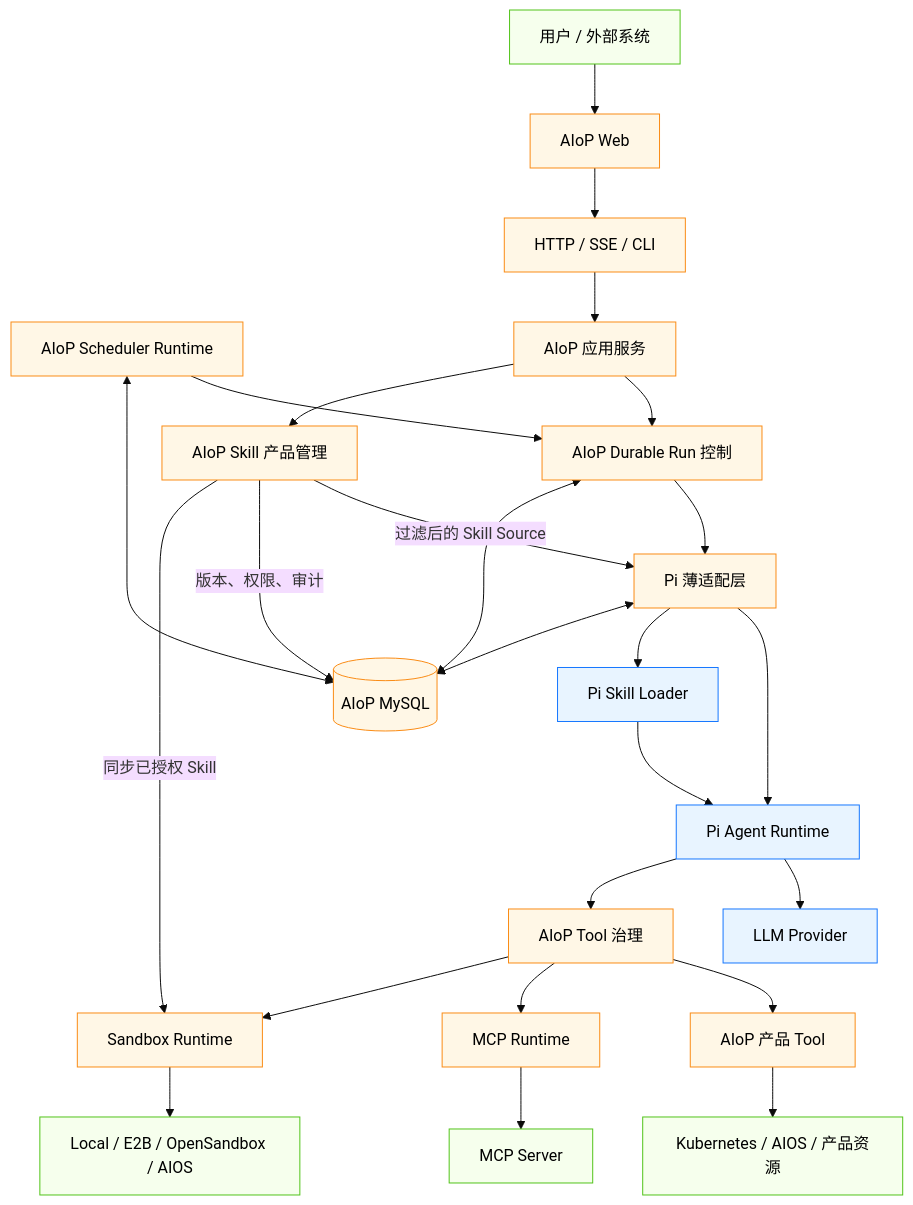
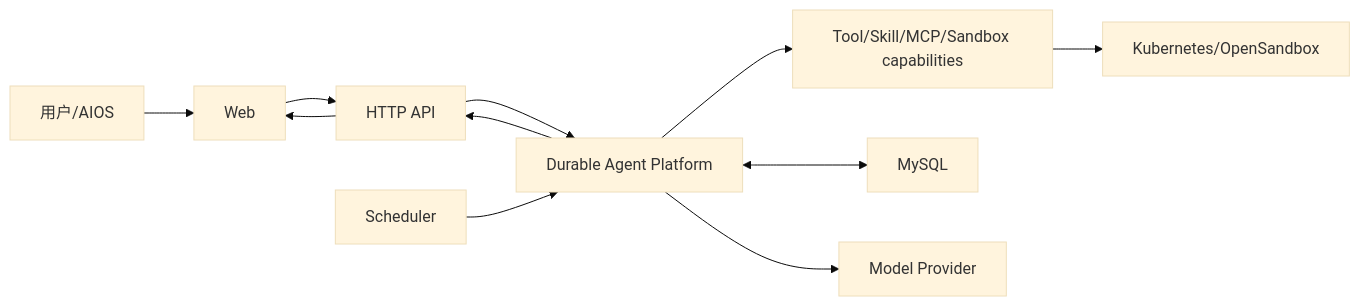
The first of 4 diagrams in docs/design/01-system-overview.md (Wpxknight/agentdemo), drawn with Mermaid (base theme) before and after one commit. The commit also changed other lines of this file and 30 other files, not shown here.

````diff
--- a/docs/design/01-system-overview.md
+++ b/docs/design/01-system-overview.md
@@ -135,54 +30,13 @@
 ```mermaid
-flowchart TB
-    User["用户 / 外部系统"]
-    Web["AIoP Web"]
-    Entry["HTTP / SSE / CLI"]
-    Scheduler["AIoP Scheduler Runtime"]
-    App["AIoP 应用服务"]
-    Run["AIoP Durable Run 控制"]
-    PiAdapter["Pi 薄适配层"]
-    Pi["Pi Agent Runtime"]
-    Governance["AIoP Tool 治理"]
-    ProductTools["AIoP 产品 Tool"]
-    Skill["AIoP Skill 产品管理"]
-    PiSkill["Pi Skill Loader"]
-    MCP["MCP Runtime"]
-    Sandbox["Sandbox Runtime"]
-    Store[("AIoP MySQL")]
-    Model["LLM Provider"]
-    ProductBackend["Kubernetes / AIOS / 产品资源"]
-    MCPServer["MCP Server"]
-    SandboxProvider["Local / E2B / OpenSandbox / AIOS"]
-
-    User --> Web
-    Web --> Entry
-    Entry --> App
-    Scheduler --> Run
-    App --> Run
-    App --> Skill
-    Run --> PiAdapter
-    PiAdapter --> Pi
-    Pi --> Model
-    PiAdapter --> PiSkill
-    Skill -->|"过滤后的 Skill Source"| PiAdapter
-    PiSkill --> Pi
-    Skill -->|"版本、权限、审计"| Store
-    Skill -->|"同步已授权 Skill"| Sandbox
-    Pi --> Governance
-    Governance --> ProductTools
-    Governance --> MCP
-    Governance --> Sandbox
-    ProductTools --> ProductBackend
-    MCP --> MCPServer
-    Sandbox --> SandboxProvider
-    Run <--> Store
-    PiAdapter <--> Store
-    Scheduler <--> Store
-
-    classDef pi fill:#e8f4ff,stroke:#1677ff,color:#000;
-    classDef aiop fill:#fff7e6,stroke:#fa8c16,color:#000;
-    classDef external fill:#f6ffed,stroke:#52c41a,color:#000;
-    class Pi,PiSkill,Model pi;
-    class Web,Entry,Scheduler,App,Run,PiAdapter,Governance,ProductTools,Skill,MCP,Sandbox,Store aiop;
-    class User,ProductBackend,MCPServer,SandboxProvider external;
+flowchart LR
+    User["用户/AIOS"] --> Web["Web"]
+    Web --> HTTP["HTTP API"]
+    HTTP --> Platform["Durable Agent Platform"]
+    Scheduler["Scheduler"] --> Platform
+    Platform --> Capabilities["Tool/Skill/MCP/Sandbox capabilities"]
+    Platform <--> MySQL["MySQL"]
+    Platform --> Model["Model Provider"]
+    Capabilities --> K8s["Kubernetes/OpenSandbox"]
+    Platform --> HTTP
+    HTTP --> Web
 ```
````
